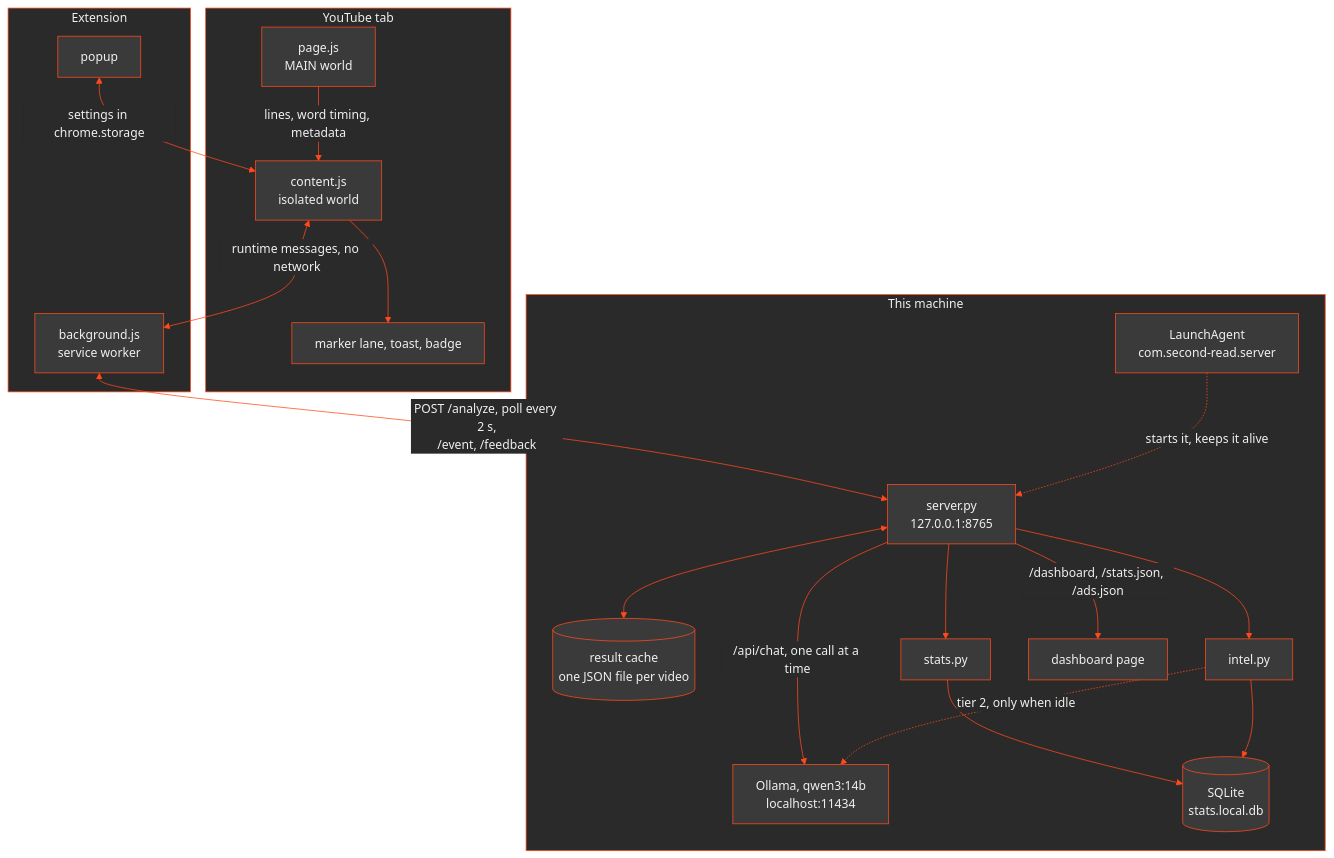
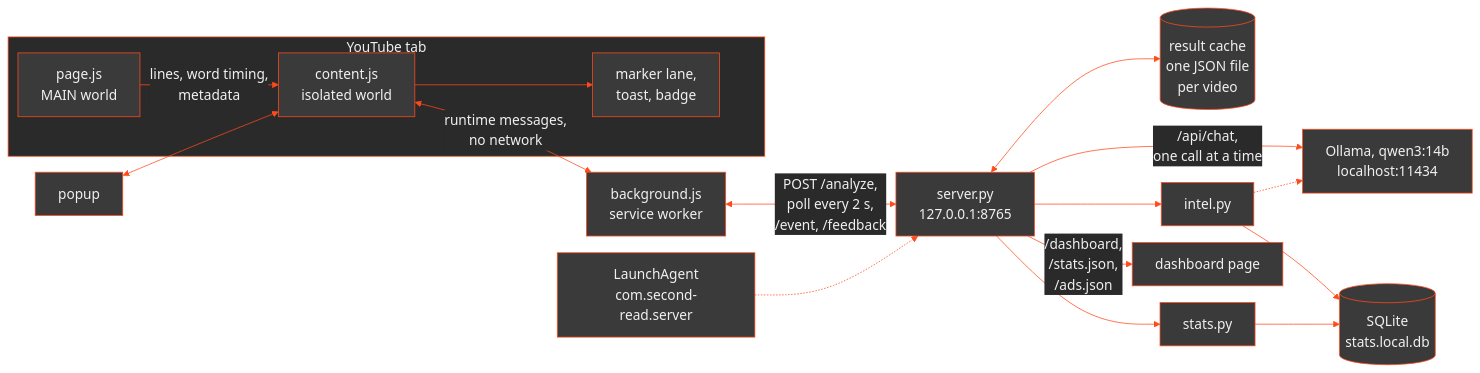
One commit to atishaypahadiya/second-read changed the first of 3 diagrams in README.md. Above: the diagram before and after it, drawn with Mermaid. The commit also changed other lines of this file, not shown here.

Commit message:
README: wider-reading flowchart, unmirrored sequence actors, shorter layout lines
- flowchart LR with tighter ranks and an 18px font; the three edge labels the
  prose already covers are gone
- sequence diagram: mirrorActors off, the /api/timedtext participant is
  shown as 'timedtext'
- project layout: every description is at most 60 characters

````diff
--- a/README.md
+++ b/README.md
@@ -25,34 +25,20 @@
 ```mermaid
-%%{init: {'theme': 'base', 'themeVariables': {'primaryColor': '#3A3A3A', 'primaryTextColor': '#F0F0F0', 'primaryBorderColor': '#FF4A1C', 'lineColor': '#FF4A1C', 'secondaryColor': '#2A2A2A', 'tertiaryColor': '#2A2A2A', 'tertiaryTextColor': '#F0F0F0', 'tertiaryBorderColor': '#FF4A1C', 'clusterBkg': '#2A2A2A', 'clusterBorder': '#FF4A1C', 'titleColor': '#F0F0F0', 'edgeLabelBackground': '#2A2A2A'}}}%%
-flowchart TB
+%%{init: {'theme': 'base', 'themeVariables': {'primaryColor': '#3A3A3A', 'primaryTextColor': '#F0F0F0', 'primaryBorderColor': '#FF4A1C', 'lineColor': '#FF4A1C', 'secondaryColor': '#2A2A2A', 'tertiaryColor': '#2A2A2A', 'tertiaryTextColor': '#F0F0F0', 'tertiaryBorderColor': '#FF4A1C', 'clusterBkg': '#2A2A2A', 'clusterBorder': '#FF4A1C', 'titleColor': '#F0F0F0', 'edgeLabelBackground': '#2A2A2A', 'fontSize': '18px'}, 'flowchart': {'rankSpacing': 26, 'nodeSpacing': 22}}}%%
+flowchart LR
   subgraph tab ["YouTube tab"]
-    PG["page.js<br/>MAIN world"] -->|"lines, word timing, metadata"| CS["content.js<br/>isolated world"]
-    CS --> UI["marker lane, toast, badge"]
+    PG["page.js<br/>MAIN world"] -->|"lines, word timing,<br/>metadata"| CS["content.js<br/>isolated world"]
+    CS --> UI["marker lane,<br/>toast, badge"]
   end
-  subgraph ext ["Extension"]
-    POP["popup"]
-    BG["background.js<br/>service worker"]
-  end
-  subgraph local ["This machine"]
-    SRV["server.py<br/>127.0.0.1:8765"]
-    OL["Ollama, qwen3:14b<br/>localhost:11434"]
-    CA[("result cache<br/>one JSON file per video")]
-    ST["stats.py"]
-    IN["intel.py"]
-    DB[("SQLite<br/>stats.local.db")]
-    DASH["dashboard page"]
-    LA["LaunchAgent<br/>com.second-read.server"]
-  end
-  POP <-->|"settings in chrome.storage"| CS
-  CS <-->|"runtime messages, no network"| BG
-  BG <-->|"POST /analyze, poll every 2 s,<br/>/event, /feedback"| SRV
-  LA -.->|"starts it, keeps it alive"| SRV
-  SRV -->|"/api/chat, one call at a time"| OL
-  SRV <--> CA
-  SRV --> ST
-  SRV --> IN
+  POP["popup"] <--> CS
+  CS <-->|"runtime messages,<br/>no network"| BG["background.js<br/>service worker"]
+  BG <-->|"POST /analyze,<br/>poll every 2 s,<br/>/event, /feedback"| SRV["server.py<br/>127.0.0.1:8765"]
+  LA["LaunchAgent<br/>com.second-read.server"] -.-> SRV
+  SRV <--> CA[("result cache<br/>one JSON file<br/>per video")]
+  SRV -->|"/api/chat,<br/>one call at a time"| OL["Ollama, qwen3:14b<br/>localhost:11434"]
+  SRV --> IN["intel.py"]
+  IN -.-> OL
+  SRV --> ST["stats.py"]
+  IN --> DB[("SQLite<br/>stats.local.db")]
   ST --> DB
-  IN --> DB
-  IN -.->|"tier 2, only when idle"| OL
-  SRV -->|"/dashboard, /stats.json, /ads.json"| DASH
+  SRV -->|"/dashboard,<br/>/stats.json,<br/>/ads.json"| DASH["dashboard page"]
 ```
````
